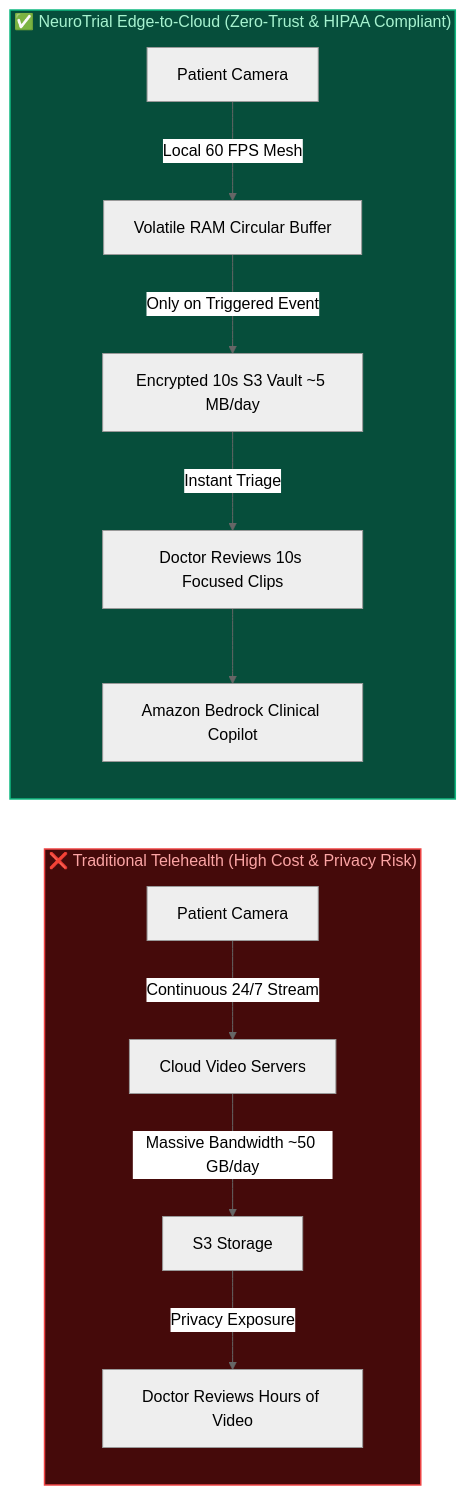
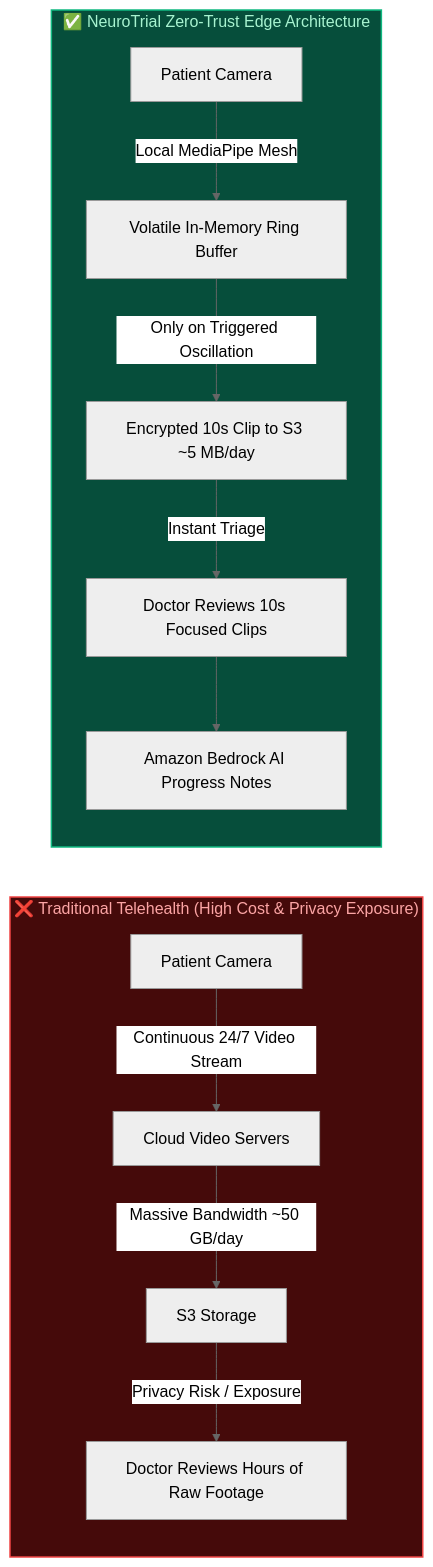
The second of 2 diagrams in README.md (manan576/NeuroTrial-DCT-Platform), drawn with Mermaid (neutral theme) before and after one commit. The commit also changed other lines of this file, not shown here.

Commit message:
docs: polish README for hackathon with primary AWS Amplify links, clinical motivation, and architecture

````diff
--- a/README.md
+++ b/README.md
@@ -191,20 +114,20 @@
 ```mermaid
 graph LR
-    subgraph Traditional["❌ Traditional Telehealth (High Cost & Privacy Risk)"]
-        T1[Patient Camera] -->|Continuous 24/7 Stream| T2[Cloud Video Servers]
+    subgraph Traditional["❌ Traditional Telehealth (High Cost & Privacy Exposure)"]
+        T1[Patient Camera] -->|Continuous 24/7 Video Stream| T2[Cloud Video Servers]
         T2 -->|Massive Bandwidth ~50 GB/day| T3[S3 Storage $$$$]
-        T3 -->|Privacy Exposure| T4[Doctor Reviews Hours of Video]
+        T3 -->|Privacy Risk / Exposure| T4[Doctor Reviews Hours of Raw Footage]
     end
 
-    subgraph NeuroTrial_Arch["✅ NeuroTrial Edge-to-Cloud (Zero-Trust & HIPAA Compliant)"]
-        N1[Patient Camera] -->|Local 60 FPS Mesh| N2[Volatile RAM Circular Buffer]
-        N2 -->|Only on Triggered Event| N3[Encrypted 10s S3 Vault ~5 MB/day]
+    subgraph NeuroTrial_Arch["✅ NeuroTrial Zero-Trust Edge Architecture"]
+        N1[Patient Camera] -->|Local MediaPipe Mesh| N2[Volatile In-Memory Ring Buffer]
+        N2 -->|Only on Triggered Oscillation| N3[Encrypted 10s Clip to S3 ~5 MB/day]
         N3 -->|Instant Triage| N4[Doctor Reviews 10s Focused Clips]
-        N4 --> N5[Amazon Bedrock Clinical Copilot]
+        N4 --> N5[Amazon Bedrock AI Progress Notes]
     end
 
     classDef bad fill:#450a0a,stroke:#ef4444,stroke-width:1.5px,color:#fca5a5;
     classDef good fill:#064e3b,stroke:#10b981,stroke-width:1.5px,color:#a7f3d0;
     class Traditional bad;
     class NeuroTrial_Arch good;
 ```
````
